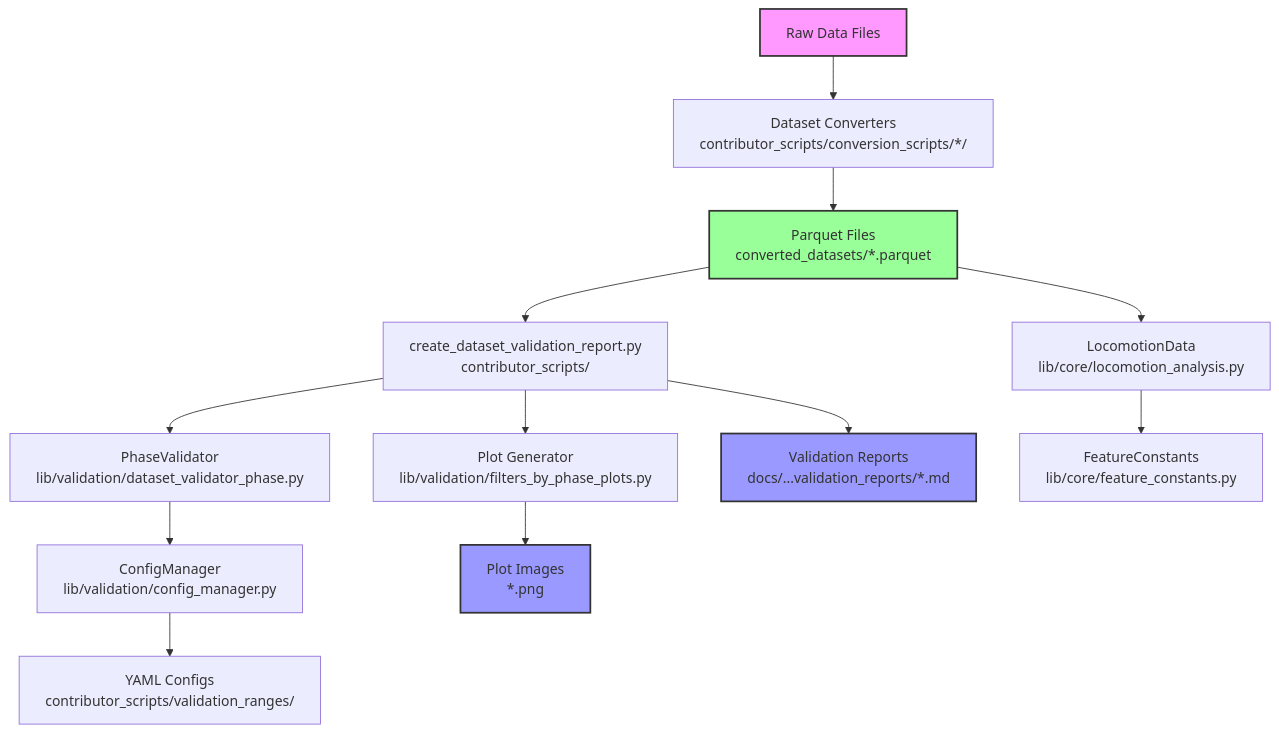
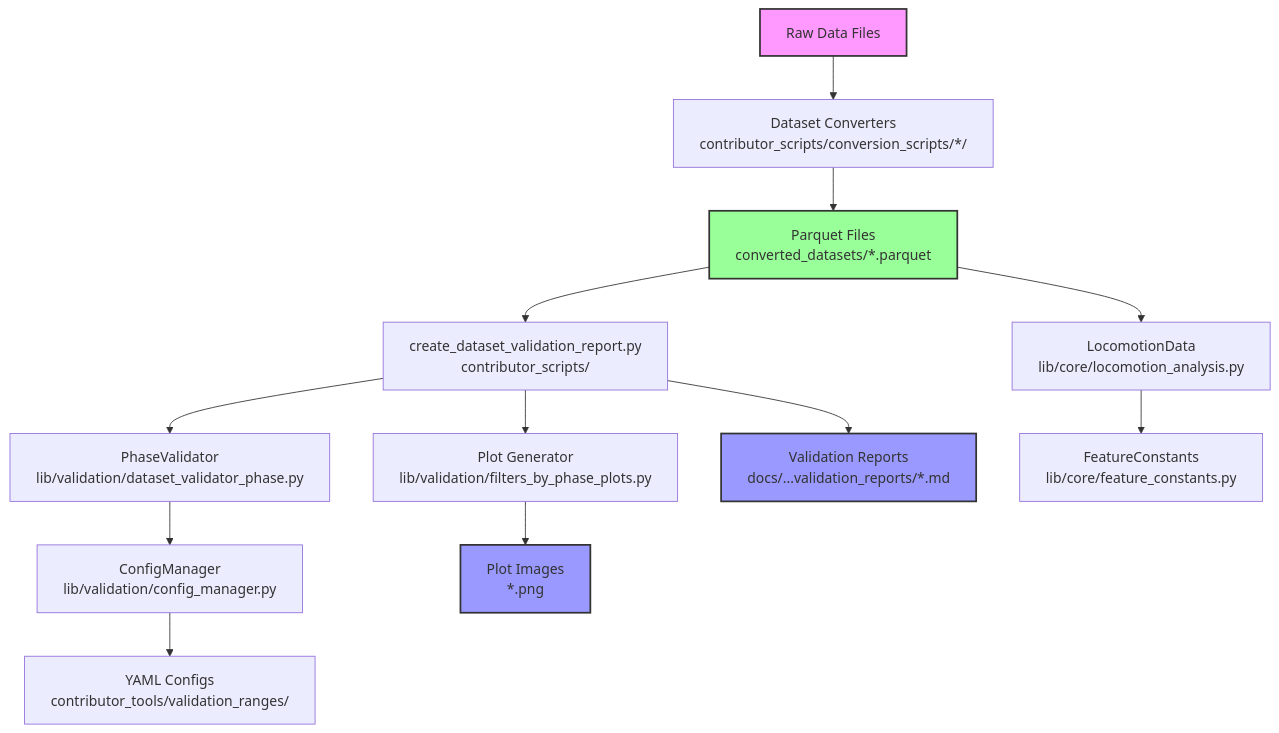
One commit to jmontp/LocoHub changed the fourth of 4 diagrams in docs/maintainers/architecture.md. Above: the diagram before and after it, drawn with Mermaid. The commit also changed other lines of this file and 40 other files, not shown here.

````diff
--- a/docs/maintainers/architecture.md
+++ b/docs/maintainers/architecture.md
@@ -228,23 +228,23 @@
 ```mermaid
 graph TD
     A[Raw Data Files] --> B[Dataset Converters<br/>contributor_scripts/conversion_scripts/*/]
     B --> C[Parquet Files<br/>converted_datasets/*.parquet]
     C --> D[create_dataset_validation_report.py<br/>contributor_scripts/]
     
     D --> E[PhaseValidator<br/>lib/validation/dataset_validator_phase.py]
     D --> F[Plot Generator<br/>lib/validation/filters_by_phase_plots.py]
     
     E --> G[ConfigManager<br/>lib/validation/config_manager.py]
-    G --> H[YAML Configs<br/>contributor_scripts/validation_ranges/]
+    G --> H[YAML Configs<br/>contributor_tools/validation_ranges/]
     
     C --> I[LocomotionData<br/>lib/core/locomotion_analysis.py]
     I --> J[FeatureConstants<br/>lib/core/feature_constants.py]
     
     D --> K[Validation Reports<br/>docs/...validation_reports/*.md]
     F --> L[Plot Images<br/>*.png]
     
     style A fill:#f9f,stroke:#333,stroke-width:2px
     style C fill:#9f9,stroke:#333,stroke-width:2px
     style K fill:#99f,stroke:#333,stroke-width:2px
     style L fill:#99f,stroke:#333,stroke-width:2px
 ```
````
